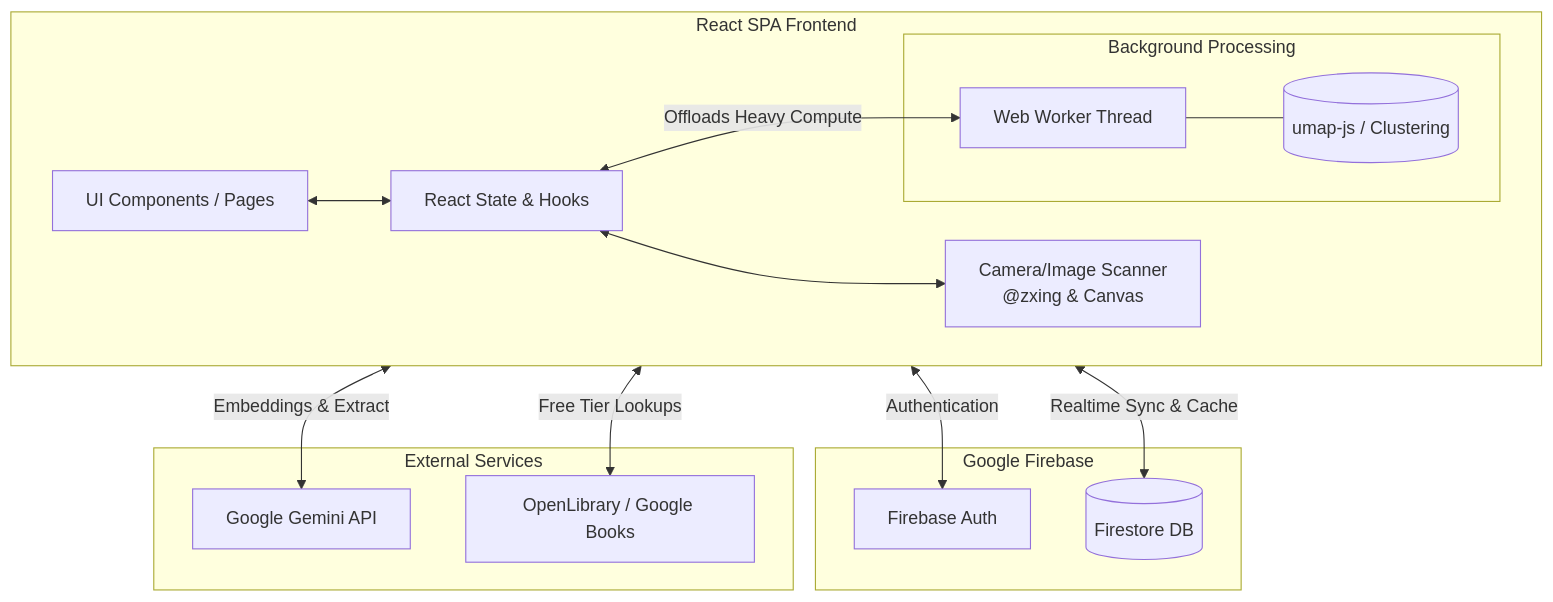
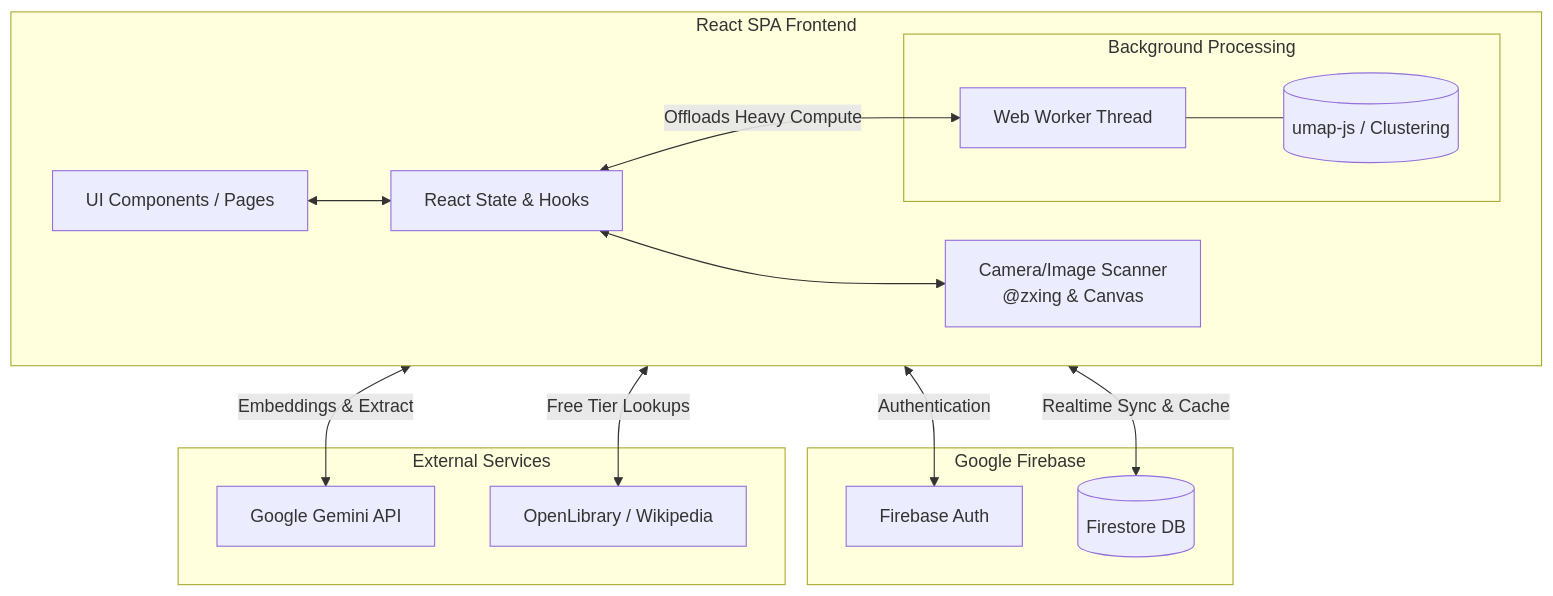
One commit to NikhilS/shelfspace changed the first of 2 diagrams in DESIGN.md. Above: the diagram before and after it, drawn with Mermaid. The commit also changed other lines of this file, not shown here.

First line of the commit message:
feat: Update design doc with data flow and storage

````diff
--- a/DESIGN.md
+++ b/DESIGN.md
@@ -8,33 +8,33 @@
 ```mermaid
 flowchart TD
     subgraph Client [React SPA Frontend]
         UI[UI Components / Pages]
         State[React State & Hooks]
         Scanner[Camera/Image Scanner\n@zxing & Canvas]
         
         subgraph Background Processing
             Worker[Web Worker Thread]
             UMAP[(umap-js / Clustering)]
             Worker --- UMAP
         end
         
         UI <--> State
         State <--> Scanner
         State <-->|Offloads Heavy Compute| Worker
     end
 
     subgraph Firebase [Google Firebase]
         Auth[Firebase Auth]
         Firestore[(Firestore DB)]
     end
 
     subgraph External APIs [External Services]
         Gemini[Google Gemini API]
-        BookAPI[OpenLibrary / Google Books]
+        BookAPI[OpenLibrary / Wikipedia]
     end
 
     Client <-->|Authentication| Auth
     Client <-->|Realtime Sync & Cache| Firestore
     Client <-->|Embeddings & Extract| Gemini
     Client <-->|Free Tier Lookups| BookAPI
 ```
````
